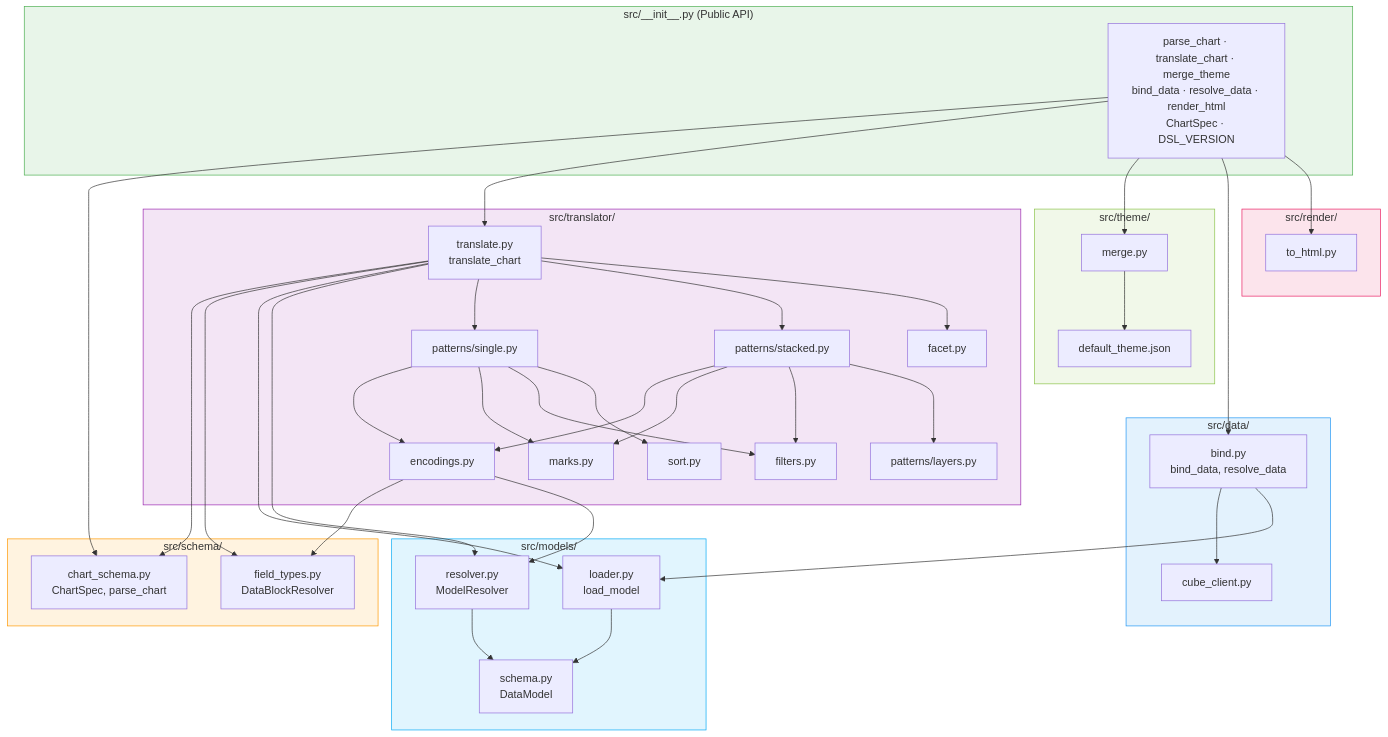
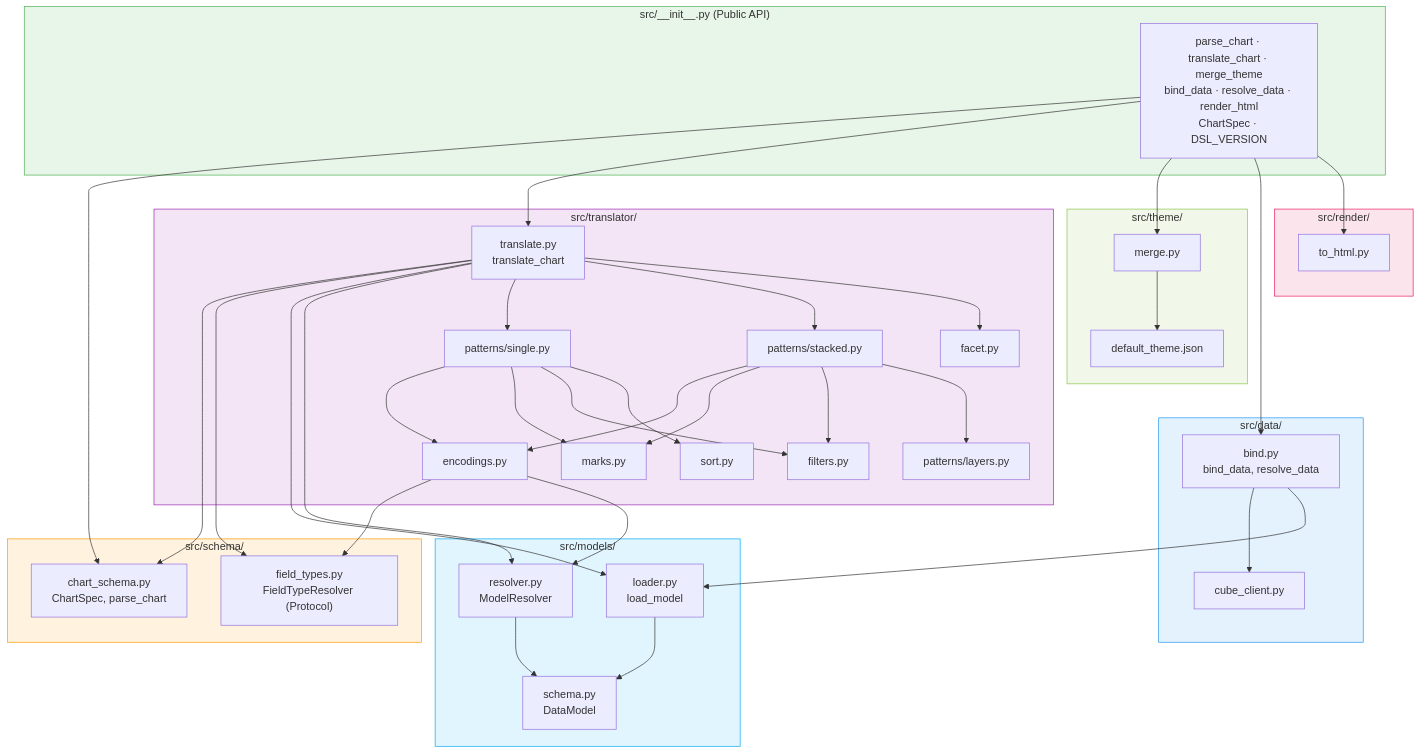
Before and after one commit to shelveshq/shelves: the tenth of 10 diagrams in docs/architecture-diagram.md, drawn with Mermaid. The commit also changed other lines of this file and 37 other files, not shown here.

````diff
--- a/docs/architecture-diagram.md
+++ b/docs/architecture-diagram.md
@@ -581,81 +531,81 @@
 ```mermaid
 graph TD
     subgraph PUBLIC_API["src/__init__.py (Public API)"]
         API["parse_chart · translate_chart · merge_theme<br/>bind_data · resolve_data · render_html<br/>ChartSpec · DSL_VERSION"]
     end
 
     subgraph SCHEMA["src/schema/"]
         CS["chart_schema.py<br/>ChartSpec, parse_chart"]
-        FT["field_types.py<br/>DataBlockResolver"]
+        FT["field_types.py<br/>FieldTypeResolver (Protocol)"]
     end
 
     subgraph MODELS["src/models/"]
         MS["schema.py<br/>DataModel"]
         ML["loader.py<br/>load_model"]
         MRR["resolver.py<br/>ModelResolver"]
     end
 
     subgraph TRANSLATOR["src/translator/"]
         TR["translate.py<br/>translate_chart"]
         ENC["encodings.py"]
         MK["marks.py"]
         FL["filters.py"]
         SR["sort.py"]
         FC["facet.py"]
         PS["patterns/single.py"]
         PST["patterns/stacked.py"]
         PL["patterns/layers.py"]
     end
 
     subgraph THEME["src/theme/"]
         TM["merge.py"]
         TJ["default_theme.json"]
     end
 
     subgraph DATA_MOD["src/data/"]
         BD["bind.py<br/>bind_data, resolve_data"]
         CC["cube_client.py"]
     end
 
     subgraph RENDER_MOD["src/render/"]
         RH["to_html.py"]
     end
 
     %% Dependencies
     TR --> CS
     TR --> FT
     TR --> ML
     TR --> MRR
     TR --> PS
     TR --> PST
     TR --> FC
     PS --> ENC
     PS --> MK
     PS --> FL
     PS --> SR
     PST --> ENC
     PST --> MK
     PST --> FL
     PST --> PL
     ENC --> FT
     ENC --> MRR
     BD --> CC
     BD --> ML
     TM --> TJ
     MRR --> MS
     ML --> MS
 
     API --> CS
     API --> TR
     API --> TM
     API --> BD
     API --> RH
 
     style PUBLIC_API fill:#e8f5e9,stroke:#4CAF50
     style SCHEMA fill:#fff3e0,stroke:#FF9800
     style MODELS fill:#e1f5fe,stroke:#03A9F4
     style TRANSLATOR fill:#f3e5f5,stroke:#9C27B0
     style THEME fill:#f1f8e9,stroke:#8BC34A
     style DATA_MOD fill:#e3f2fd,stroke:#2196F3
     style RENDER_MOD fill:#fce4ec,stroke:#E91E63
 ```
````
